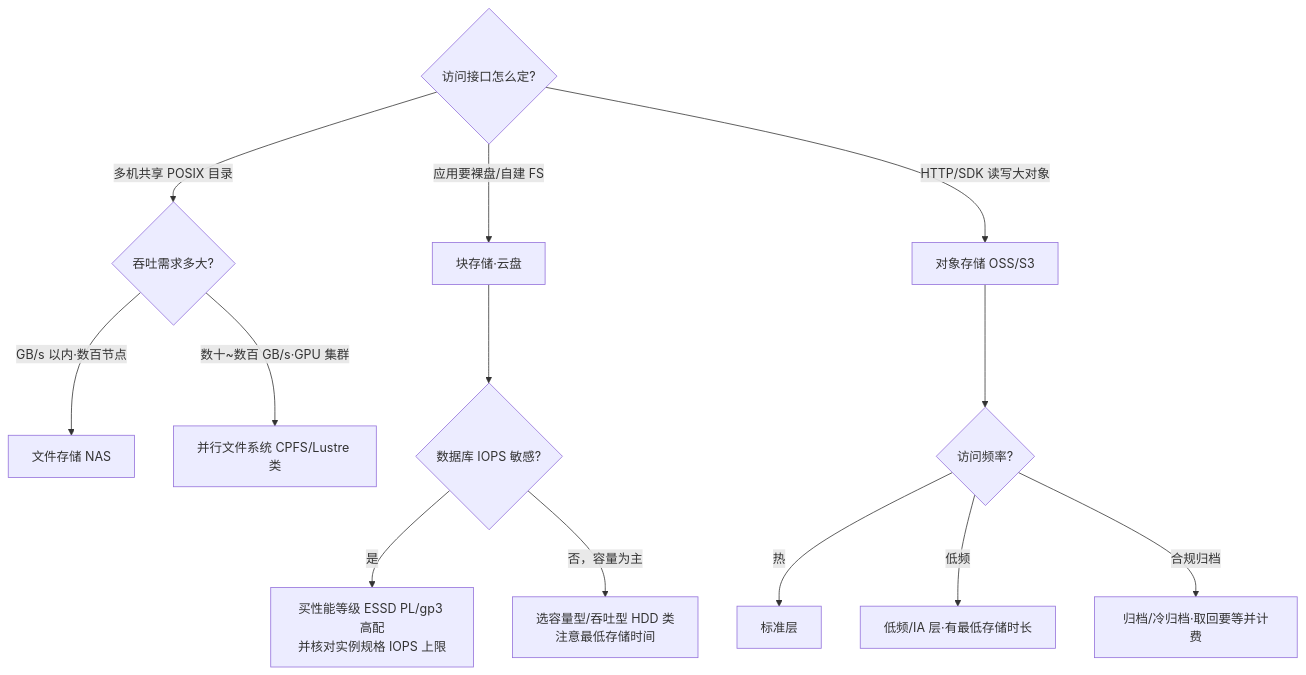
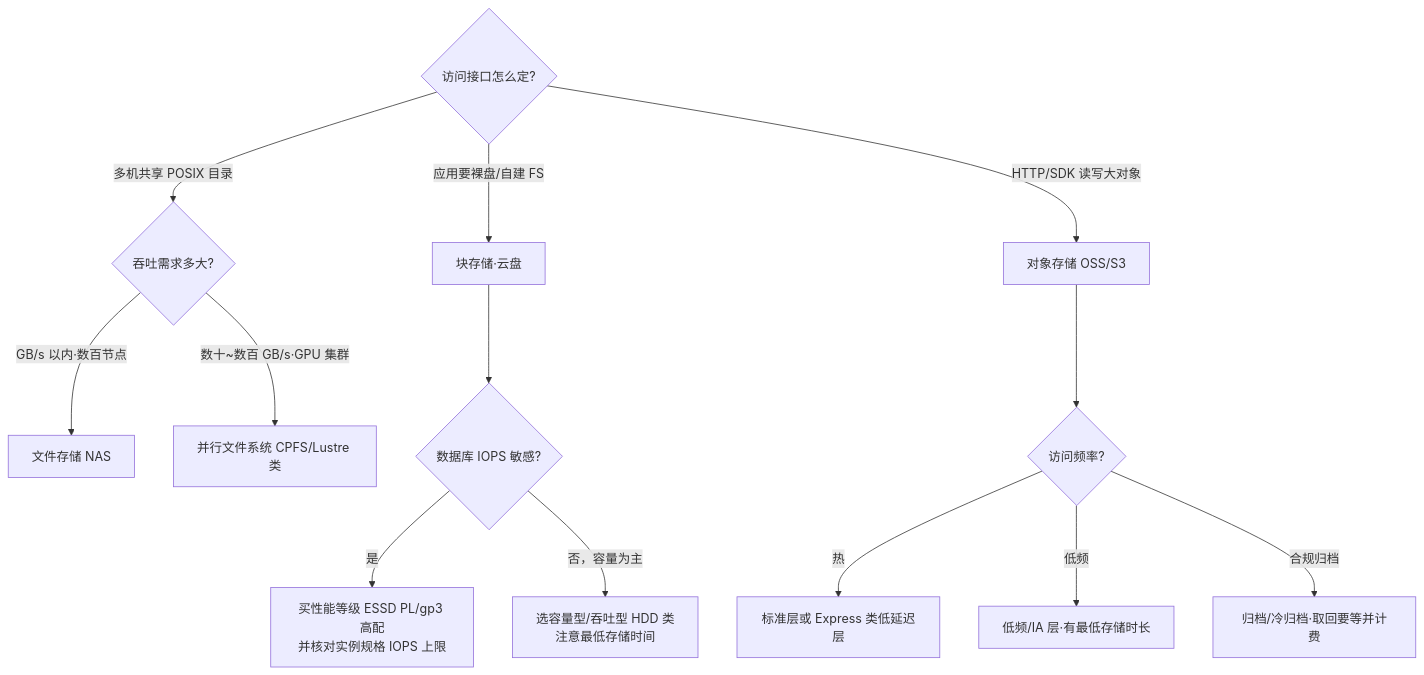
One commit to shuifans/cloud-ai-knowledge-base changed the first of 5 diagrams in docs/cloud/infra/storage.md. Above: the diagram before and after it, drawn with Mermaid. The commit also changed other lines of this file and 294 other files, not shown here.

First line of the commit message:
更新: 全站 35 篇文章对标 speech-gen 全面升级（深度/配图/引用/决策图）

````diff
--- a/docs/cloud/infra/storage.md
+++ b/docs/cloud/infra/storage.md
@@ -24,15 +40,15 @@
 ```mermaid
 flowchart TD
   A{访问接口怎么定?} -->|应用要裸盘/自建 FS| B[块存储·云盘]
   A -->|HTTP/SDK 读写大对象| C[对象存储 OSS/S3]
   A -->|多机共享 POSIX 目录| D{吞吐需求多大?}
   D -->|GB/s 以内·数百节点| E[文件存储 NAS]
   D -->|数十~数百 GB/s·GPU 集群| F[并行文件系统 CPFS/Lustre 类]
   B --> G{数据库 IOPS 敏感?}
   G -->|是| H[买性能等级 ESSD PL/gp3 高配<br/>并核对实例规格 IOPS 上限]
   G -->|否，容量为主| I[选容量型/吞吐型 HDD 类<br/>注意最低存储时间]
   C --> J{访问频率?}
-  J -->|热| K[标准层]
+  J -->|热| K[标准层或 Express 类低延迟层]
   J -->|低频| L[低频/IA 层·有最低存储时长]
   J -->|合规归档| M[归档/冷归档·取回要等并计费]
 ```
````
